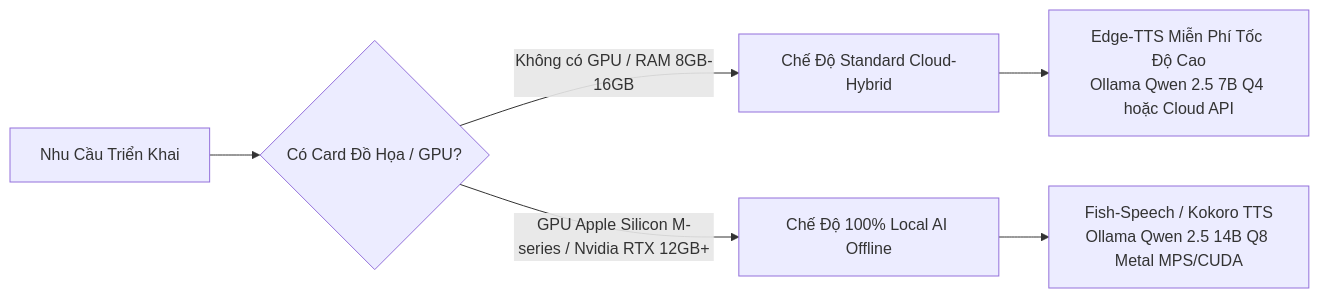
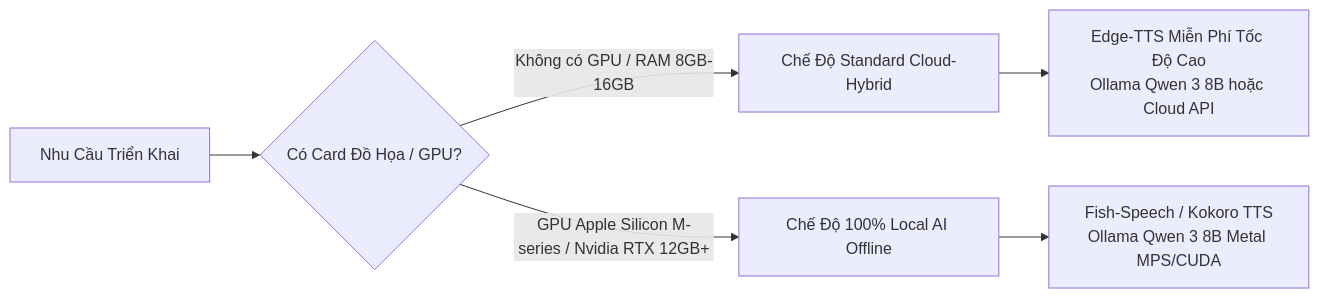
Before and after one commit to tranviet-tv/MeowShadow_Lab: the second of 2 diagrams in docs/6_DEVELOPMENT_GUIDE_AND_ENV.md, drawn with Mermaid. The commit also changed other lines of this file and 9 other files, not shown here.

````diff
--- a/docs/6_DEVELOPMENT_GUIDE_AND_ENV.md
+++ b/docs/6_DEVELOPMENT_GUIDE_AND_ENV.md
@@ -106,9 +106,9 @@
 ```mermaid
 graph LR
     A[Nhu Cầu Triển Khai] --> B{Có Card Đồ Họa / GPU?}
     B -->|Không có GPU / RAM 8GB-16GB| C[Chế Độ Standard Cloud-Hybrid]
     B -->|GPU Apple Silicon M-series / Nvidia RTX 12GB+| D[Chế Độ 100% Local AI Offline]
     
-    C --> C1[Edge-TTS Miễn Phí Tốc Độ Cao\nOllama Qwen 2.5 7B Q4 hoặc Cloud API]
-    D --> D1[Fish-Speech / Kokoro TTS\nOllama Qwen 2.5 14B Q8 Metal MPS/CUDA]
+    C --> C1[Edge-TTS Miễn Phí Tốc Độ Cao\nOllama Qwen 3 8B hoặc Cloud API]
+    D --> D1[Fish-Speech / Kokoro TTS\nOllama Qwen 3 8B Metal MPS/CUDA]
 ```
````
